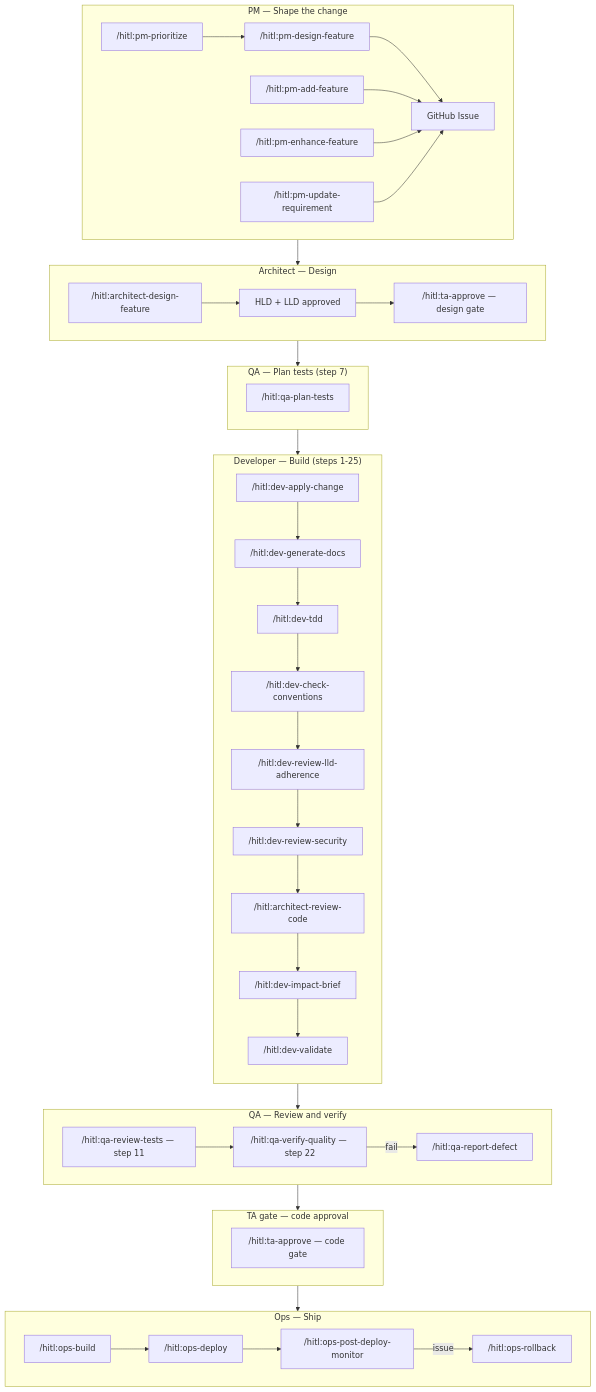
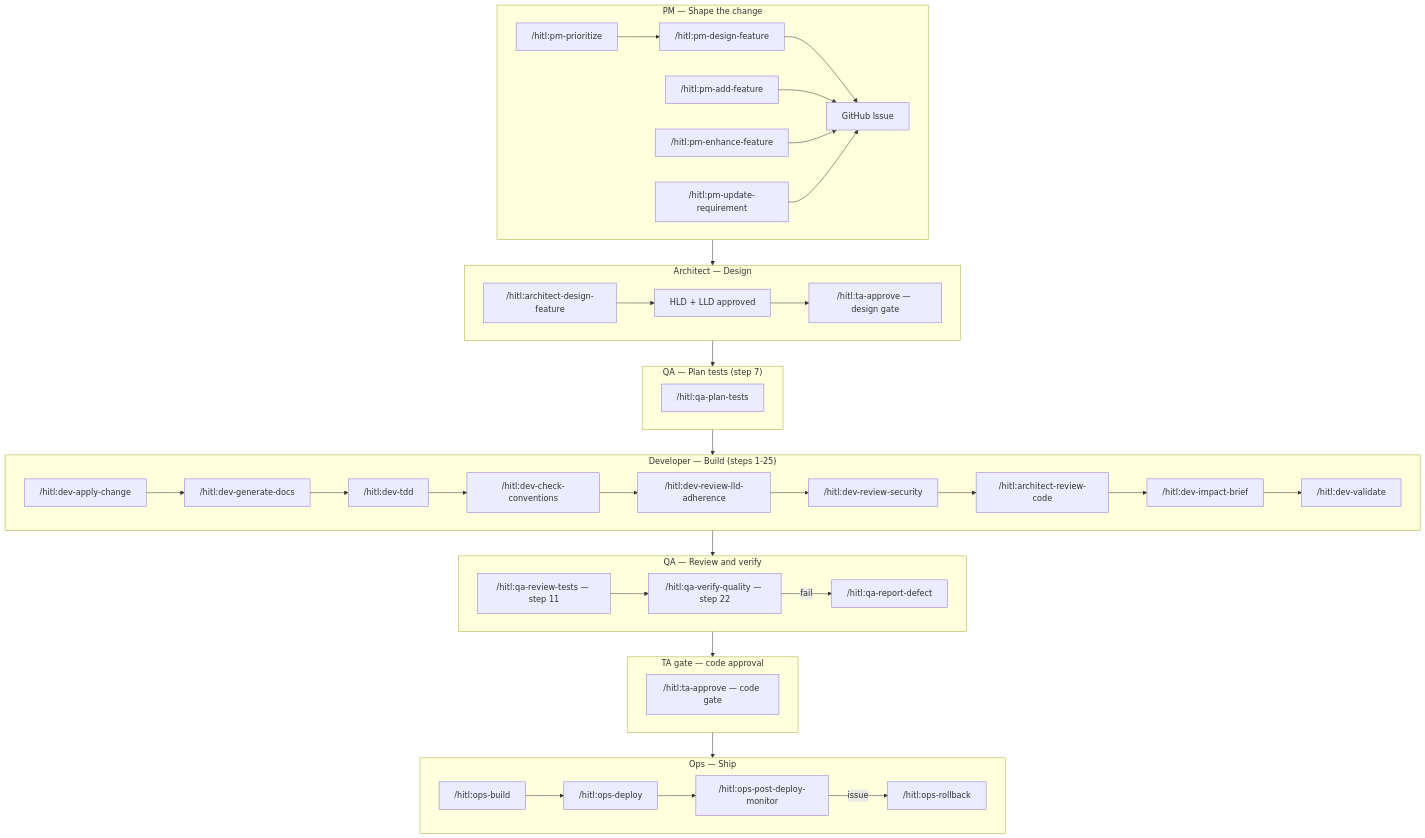
Before and after one commit to Prasad-Apparaju/hitl-dev-platform: the third of 4 diagrams in docs/command-map.md, drawn with Mermaid. The commit also changed other lines of this file, not shown here.

First line of the commit message:
fix(docs): rewrite command-map Mermaid diagrams for cross-renderer compatibility

````diff
--- a/docs/command-map.md
+++ b/docs/command-map.md
@@ -80,70 +71,67 @@
 ```mermaid
 graph TB
   subgraph PM_PHASE["PM — Shape the change"]
-    direction LR
     pm1["/hitl:pm-prioritize"]
     pm2["/hitl:pm-design-feature"]
     pm3["/hitl:pm-add-feature"]
     pm4["/hitl:pm-enhance-feature"]
     pm5["/hitl:pm-update-requirement"]
-    ISSUE["GitHub Issue"]
-    pm1 --> pm2
-    pm2 & pm3 & pm4 & pm5 --> ISSUE
+    issue["GitHub Issue"]
+    pm1 --> pm2 --> issue
+    pm3 --> issue
+    pm4 --> issue
+    pm5 --> issue
   end
 
   subgraph ARCH_PHASE["Architect — Design"]
-    direction LR
     a1["/hitl:architect-design-feature"]
     a2["HLD + LLD approved"]
     ta1["/hitl:ta-approve — design gate"]
     a1 --> a2 --> ta1
   end
 
   subgraph QA_PLAN["QA — Plan tests (step 7)"]
     q1["/hitl:qa-plan-tests"]
   end
 
   subgraph DEV_PHASE["Developer — Build (steps 1-25)"]
-    direction TB
     d1["/hitl:dev-apply-change"]
     d2["/hitl:dev-generate-docs"]
     d3["/hitl:dev-tdd"]
     d4["/hitl:dev-check-conventions"]
     d5["/hitl:dev-review-lld-adherence"]
     d6["/hitl:dev-review-security"]
     d7["/hitl:architect-review-code"]
     d8["/hitl:dev-impact-brief"]
     d9["/hitl:dev-validate"]
     d1 --> d2 --> d3 --> d4 --> d5 --> d6 --> d7 --> d8 --> d9
   end
 
   subgraph QA_REVIEW["QA — Review and verify"]
-    direction LR
     q2["/hitl:qa-review-tests — step 11"]
     q3["/hitl:qa-verify-quality — step 22"]
     q4["/hitl:qa-report-defect"]
     q2 --> q3
     q3 -->|"fail"| q4
   end
 
   subgraph GATE["TA gate — code approval"]
     ta2["/hitl:ta-approve — code gate"]
   end
 
   subgraph OPS_PHASE["Ops — Ship"]
-    direction LR
     o1["/hitl:ops-build"]
     o2["/hitl:ops-deploy"]
     o3["/hitl:ops-post-deploy-monitor"]
     o4["/hitl:ops-rollback"]
     o1 --> o2 --> o3
     o3 -->|"issue"| o4
   end
 
   PM_PHASE --> ARCH_PHASE
   ARCH_PHASE --> QA_PLAN
   QA_PLAN --> DEV_PHASE
   DEV_PHASE --> QA_REVIEW
   QA_REVIEW --> GATE
   GATE --> OPS_PHASE
 ```
````
